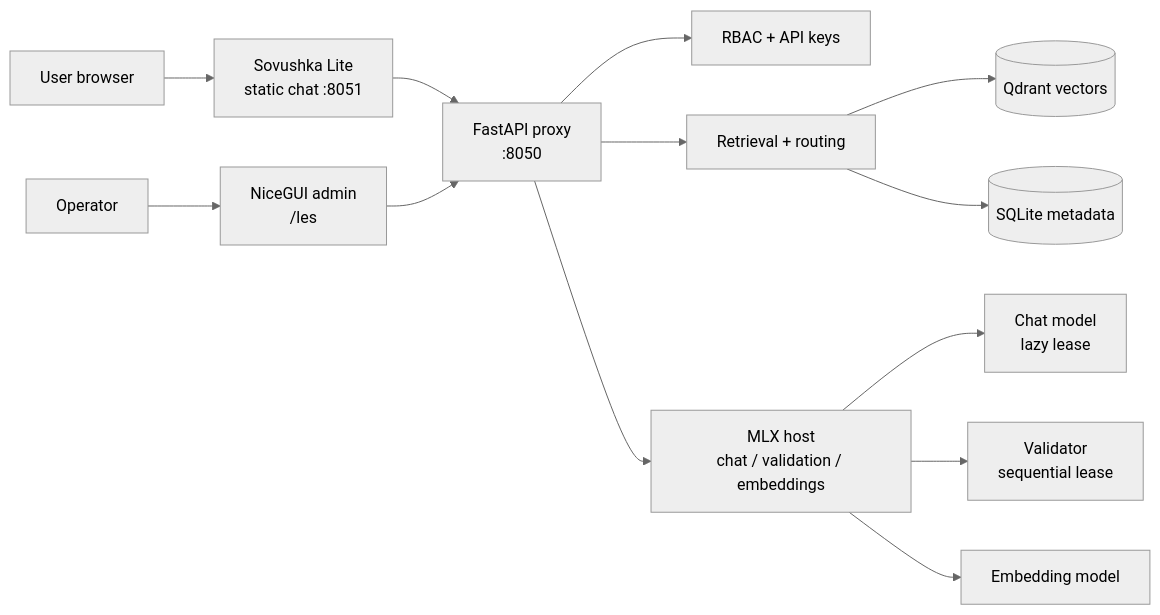
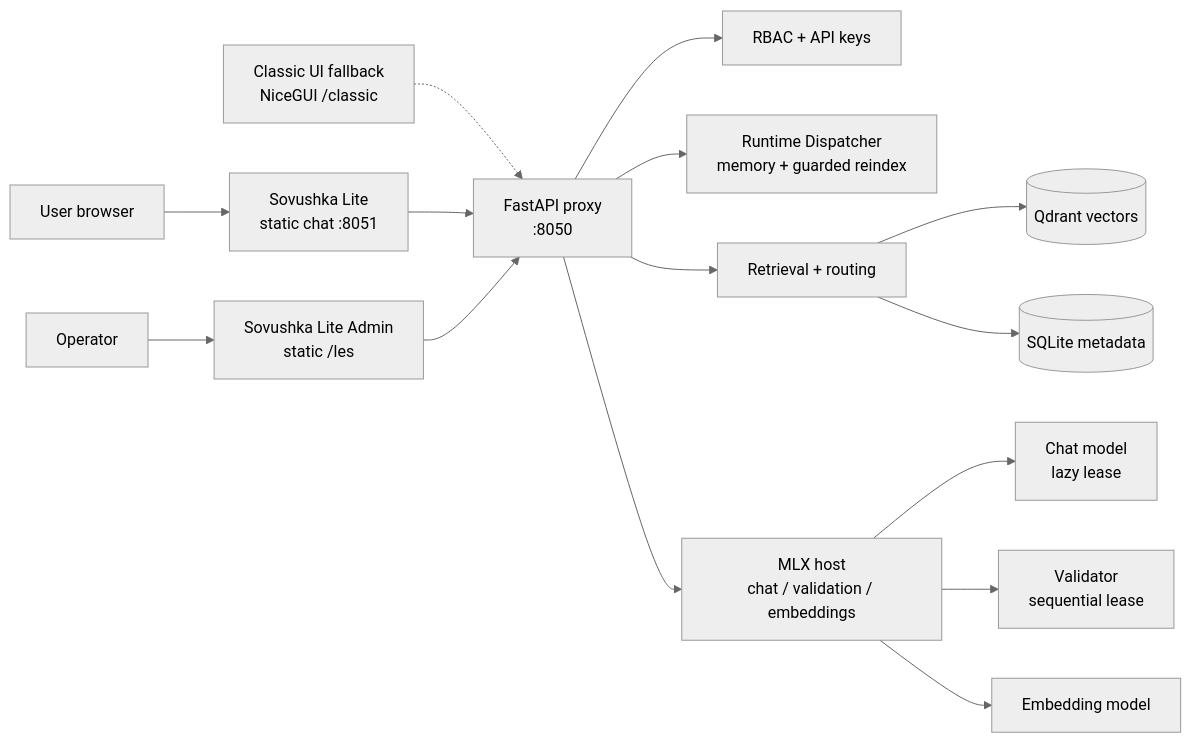
Before and after one commit to proovcme/les_rag_public: the first of 3 diagrams in README.md, drawn with Mermaid (neutral theme). The commit also changed other lines of this file and 1 other file, not shown here.

Commit message:
Document dispatcher watcher and IMAP intake

````diff
--- a/README.md
+++ b/README.md
@@ -47,15 +48,17 @@
 ```mermaid
 flowchart LR
     User[User browser] --> Lite[Sovushka Lite<br/>static chat :8051]
-    Admin[Operator] --> AdminUI[NiceGUI admin<br/>/les]
+    Admin[Operator] --> AdminUI[Sovushka Lite Admin<br/>static /les]
+    Classic[Classic UI fallback<br/>NiceGUI /classic] -.-> Proxy
     Lite --> Proxy[FastAPI proxy<br/>:8050]
     AdminUI --> Proxy
     Proxy --> Auth[RBAC + API keys]
+    Proxy --> Dispatcher[Runtime Dispatcher<br/>memory + guarded reindex]
     Proxy --> RAG[Retrieval + routing]
     RAG --> Qdrant[(Qdrant vectors)]
     RAG --> Meta[(SQLite metadata)]
     Proxy --> MLX[MLX host<br/>chat / validation / embeddings]
     MLX --> Main[Chat model<br/>lazy lease]
     MLX --> Val[Validator<br/>sequential lease]
     MLX --> Emb[Embedding model]
 ```
````
